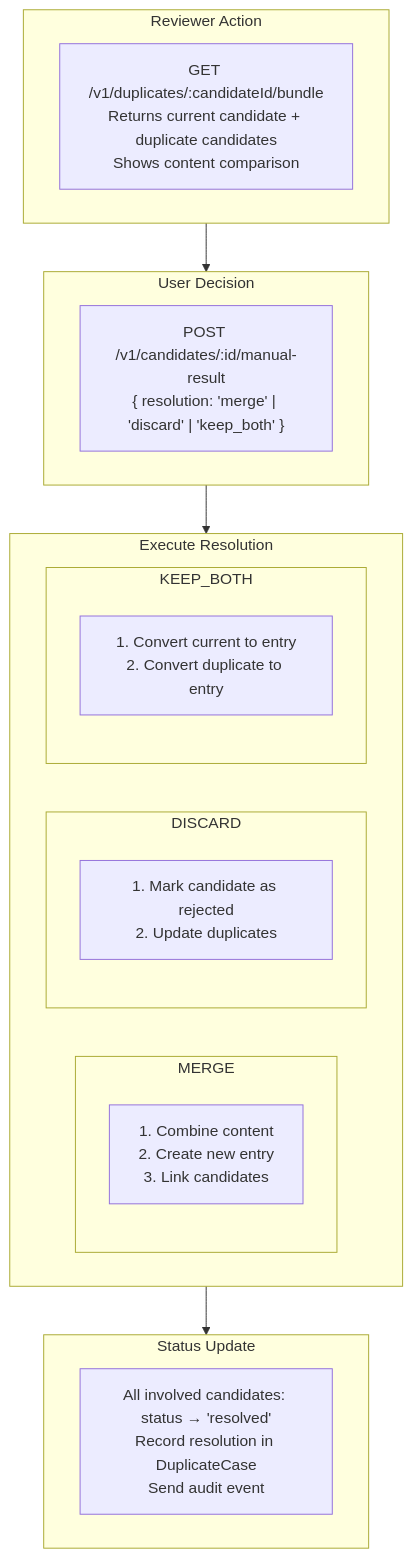
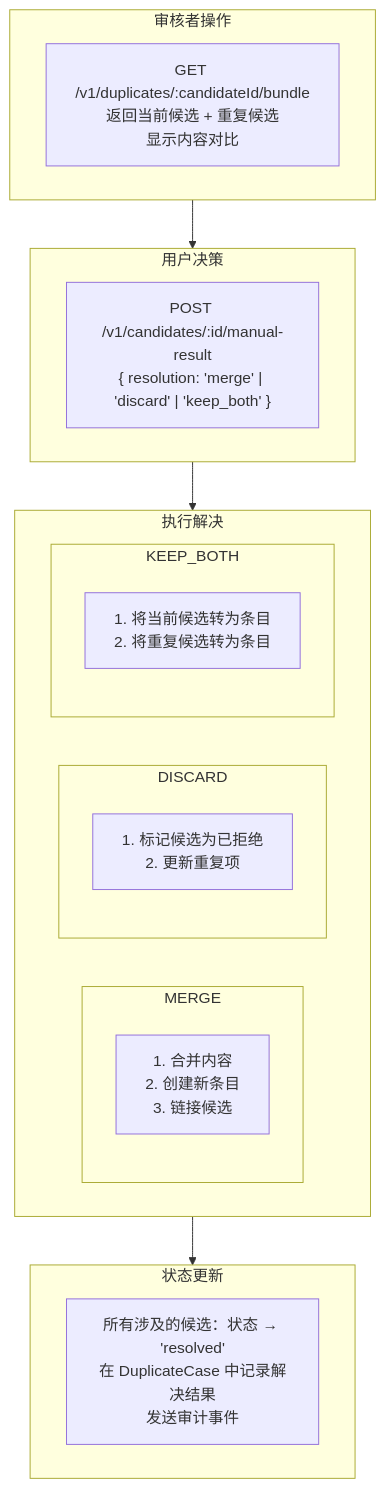
Before and after one commit to pofossette/TrapMap-for-vibing: the sixth of 6 diagrams in docs/architecture/components/INGESTION.md, drawn with Mermaid. The commit also changed other lines of this file and 31 other files, not shown here.

````diff
--- a/docs/architecture/components/INGESTION.md
+++ b/docs/architecture/components/INGESTION.md
@@ -386,30 +386,30 @@
 ```mermaid
 flowchart TB
-    subgraph ReviewerAction["Reviewer Action"]
-        A["GET /v1/duplicates/:candidateId/bundle\nReturns current candidate + duplicate candidates\nShows content comparison"]
+    subgraph 审核者操作["审核者操作"]
+        A["GET /v1/duplicates/:candidateId/bundle\n返回当前候选 + 重复候选\n显示内容对比"]
     end
 
-    subgraph UserDecision["User Decision"]
+    subgraph 用户决策["用户决策"]
         B["POST /v1/candidates/:id/manual-result\n{ resolution: 'merge' | 'discard' | 'keep_both' }"]
     end
 
-    subgraph Execute["Execute Resolution"]
-        subgraph Merge["MERGE"]
-            C1["1. Combine content\n2. Create new entry\n3. Link candidates"]
+    subgraph 执行解决["执行解决"]
+        subgraph 合并["MERGE"]
+            C1["1. 合并内容\n2. 创建新条目\n3. 链接候选"]
         end
 
-        subgraph Discard["DISCARD"]
-            C2["1. Mark candidate as rejected\n2. Update duplicates"]
+        subgraph 丢弃["DISCARD"]
+            C2["1. 标记候选为已拒绝\n2. 更新重复项"]
         end
 
-        subgraph KeepBoth["KEEP_BOTH"]
-            C3["1. Convert current to entry\n2. Convert duplicate to entry"]
+        subgraph 保留两者["KEEP_BOTH"]
+            C3["1. 将当前候选转为条目\n2. 将重复候选转为条目"]
         end
     end
 
-    subgraph StatusUpdate["Status Update"]
-        D["All involved candidates: status → 'resolved'\nRecord resolution in DuplicateCase\nSend audit event"]
+    subgraph 状态更新["状态更新"]
+        D["所有涉及的候选：状态 → 'resolved'\n在 DuplicateCase 中记录解决结果\n发送审计事件"]
     end
 
-    ReviewerAction --> UserDecision --> Execute --> StatusUpdate
+    审核者操作 --> 用户决策 --> 执行解决 --> 状态更新
 ```
````
